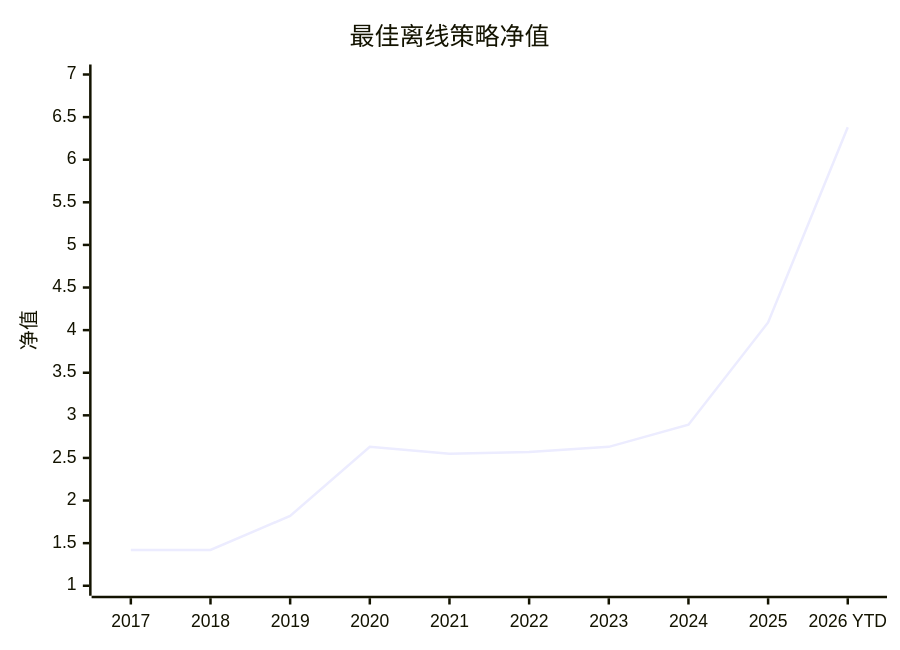
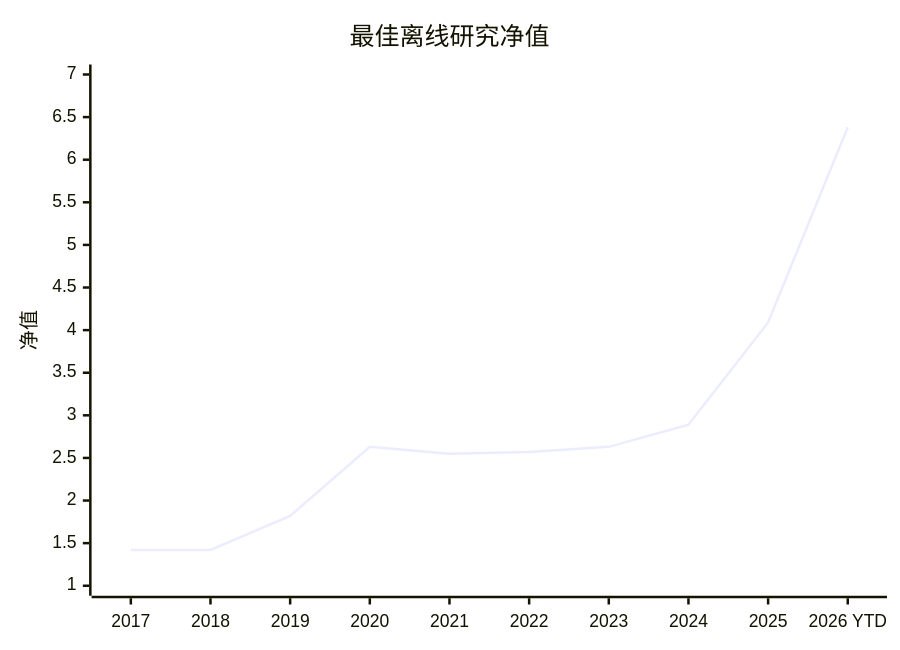
One commit to RickyW0529/Margin changed the diagram in README.zh-CN.md. Above: the diagram before and after it, drawn with Mermaid. The commit also changed other lines of this file and 24 other files, not shown here.

````diff
--- a/README.zh-CN.md
+++ b/README.zh-CN.md
@@ -39,7 +39,7 @@
 ```mermaid
 xychart-beta
-    title "最佳离线策略净值"
+    title "最佳离线研究净值"
     x-axis ["2017", "2018", "2019", "2020", "2021", "2022", "2023", "2024", "2025", "2026 YTD"]
     y-axis "净值" 1 --> 7
     line [1.42, 1.42, 1.82, 2.63, 2.55, 2.57, 2.63, 2.89, 4.09, 6.38]
 ```
````
